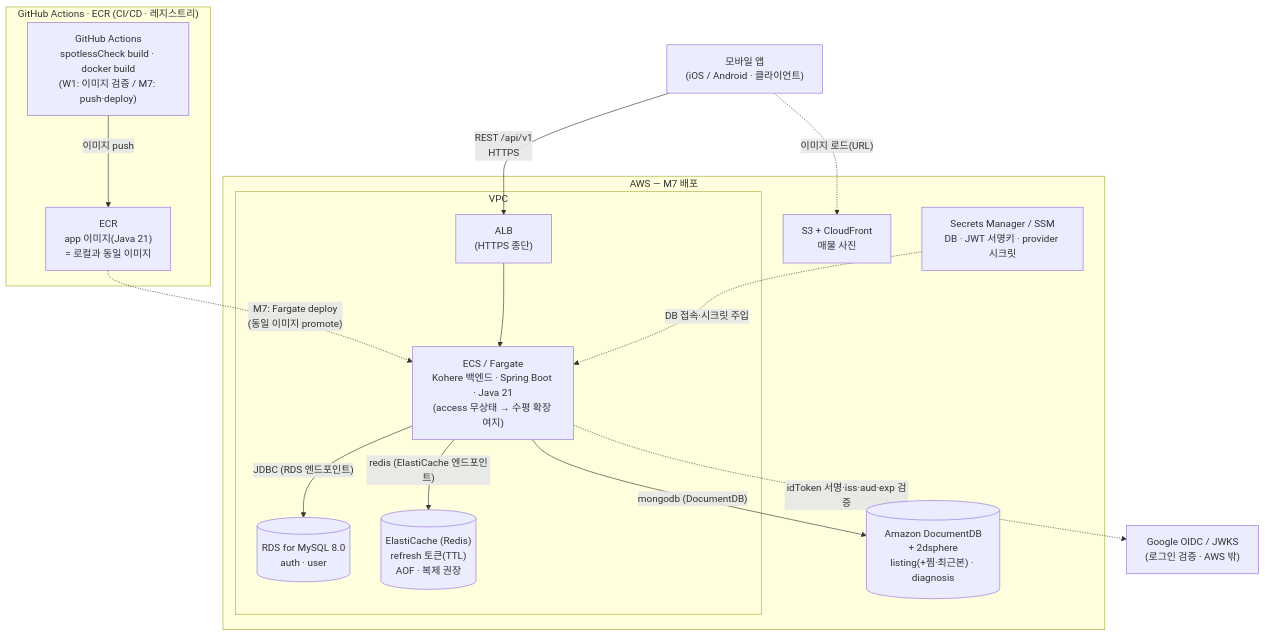
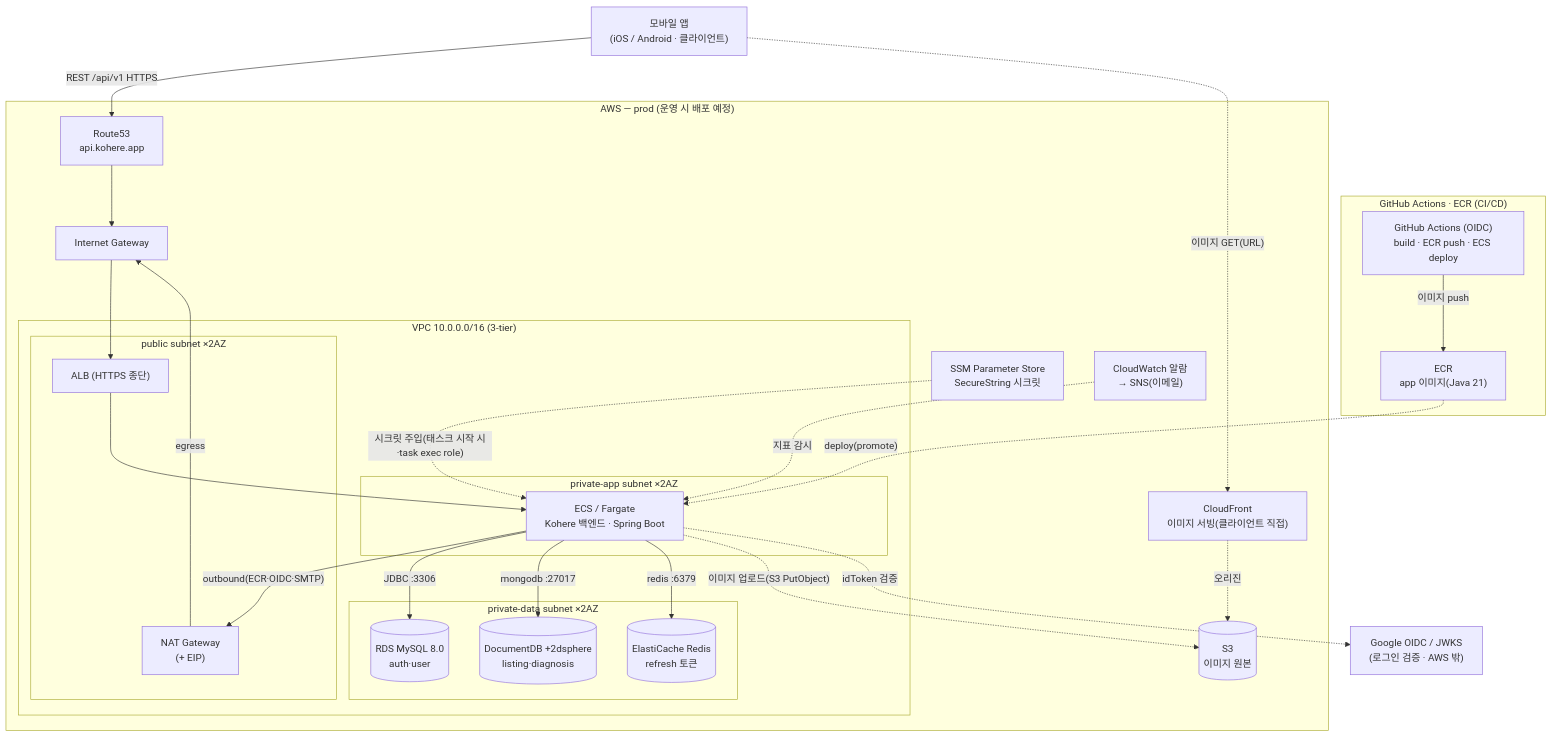
One commit to jameskim9509/Kohere-backend changed the fourth of 5 diagrams in docs/architecture/system-overview.md. Above: the diagram before and after it, drawn with Mermaid. The commit also changed other lines of this file and 6 other files, not shown here.

````diff
--- a/docs/architecture/system-overview.md
+++ b/docs/architecture/system-overview.md
@@ -170,35 +173,51 @@
 ```mermaid
 flowchart TB
     APP["모바일 앱<br/>(iOS / Android · 클라이언트)"]
+    EXT["Google OIDC / JWKS<br/>(로그인 검증 · AWS 밖)"]
 
-    subgraph CICD["GitHub Actions · ECR (CI/CD · 레지스트리)"]
-      GHA["GitHub Actions<br/>spotlessCheck build · docker build<br/>(W1: 이미지 검증 / M7: push·deploy)"]
-      ECR["ECR<br/>app 이미지(Java 21)<br/>= 로컬과 동일 이미지"]
+    subgraph CICD["GitHub Actions · ECR (CI/CD)"]
+      GHA["GitHub Actions (OIDC)<br/>build · ECR push · ECS deploy"]
+      ECR["ECR<br/>app 이미지(Java 21)"]
     end
 
-    subgraph AWS["AWS — M7 배포"]
-      subgraph VPC["VPC"]
-        ALB["ALB<br/>(HTTPS 종단)"]
-        FARGATE["ECS / Fargate<br/>Kohere 백엔드 · Spring Boot · Java 21<br/>(access 무상태 → 수평 확장 여지)"]
-        RDS[("RDS for MySQL 8.0<br/>auth · user")]
-        ELASTI[("ElastiCache (Redis)<br/>refresh 토큰(TTL)<br/>AOF · 복제 권장")]
+    subgraph AWS["AWS — prod (운영 시 배포 예정)"]
+      R53["Route53<br/>api.kohere.app"]
+      CF["CloudFront<br/>이미지 서빙(클라이언트 직접)"]
+      S3IMG[("S3<br/>이미지 원본")]
+      SSM["SSM Parameter Store<br/>SecureString 시크릿"]
+      CW["CloudWatch 알람<br/>→ SNS(이메일)"]
+      IGW["Internet Gateway"]
+      subgraph VPC["VPC 10.0.0.0/16 (3-tier)"]
+        subgraph PUB["public subnet ×2AZ"]
+          ALB["ALB (HTTPS 종단)"]
+          NAT["NAT Gateway<br/>(+ EIP)"]
+        end
+        subgraph APPNET["private-app subnet ×2AZ"]
+          FARGATE["ECS / Fargate<br/>Kohere 백엔드 · Spring Boot"]
+        end
+        subgraph DATANET["private-data subnet ×2AZ"]
+          RDS[("RDS MySQL 8.0<br/>auth·user")]
+          MONGO[("DocumentDB +2dsphere<br/>listing·diagnosis")]
+          ELASTI[("ElastiCache Redis<br/>refresh 토큰")]
+        end
       end
-      MONGO[("Amazon DocumentDB<br/>+ 2dsphere<br/>listing(+찜·최근본) · diagnosis")]
-      S3["S3 + CloudFront<br/>매물 사진"]
-      SECRET["Secrets Manager / SSM<br/>DB · JWT 서명키 · provider 시크릿"]
     end
 
-    EXT["Google OIDC / JWKS<br/>(로그인 검증 · AWS 밖)"]
-
     GHA -- "이미지 push" --> ECR
-    ECR -. "M7: Fargate deploy<br/>(동일 이미지 promote)" .-> FARGATE
-
-    APP -- "REST /api/v1<br/>HTTPS" --> ALB
+    ECR -. "deploy(promote)" .-> FARGATE
+    APP -- "REST /api/v1 HTTPS" --> R53
+    R53 --> IGW
+    IGW --> ALB
     ALB --> FARGATE
-    SECRET -. "DB 접속·시크릿 주입" .-> FARGATE
-    FARGATE -- "JDBC (RDS 엔드포인트)" --> RDS
-    FARGATE -- "mongodb (DocumentDB)" --> MONGO
-    FARGATE -- "redis (ElastiCache 엔드포인트)" --> ELASTI
-    APP -. "이미지 로드(URL)" .-> S3
-    FARGATE -. "idToken 서명·iss·aud·exp 검증" .-> EXT
+    FARGATE -- "outbound(ECR·OIDC·SMTP)" --> NAT
+    NAT -- "egress" --> IGW
+    SSM -. "시크릿 주입(태스크 시작 시·task exec role)" .-> FARGATE
+    FARGATE -- "JDBC :3306" --> RDS
+    FARGATE -- "mongodb :27017" --> MONGO
+    FARGATE -- "redis :6379" --> ELASTI
+    FARGATE -. "이미지 업로드(S3 PutObject)" .-> S3IMG
+    CF -. "오리진" .-> S3IMG
+    APP -. "이미지 GET(URL)" .-> CF
+    FARGATE -. "idToken 검증" .-> EXT
+    CW -. "지표 감시" .-> FARGATE
 ```
````
